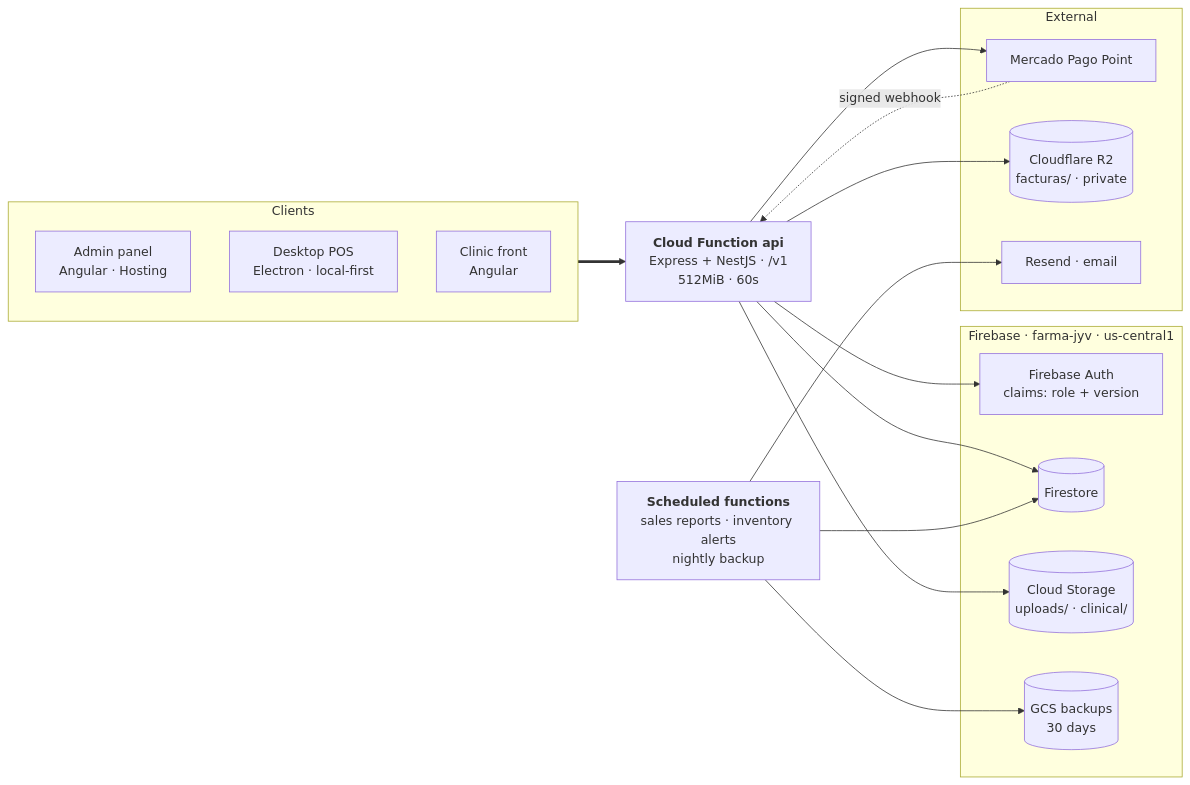
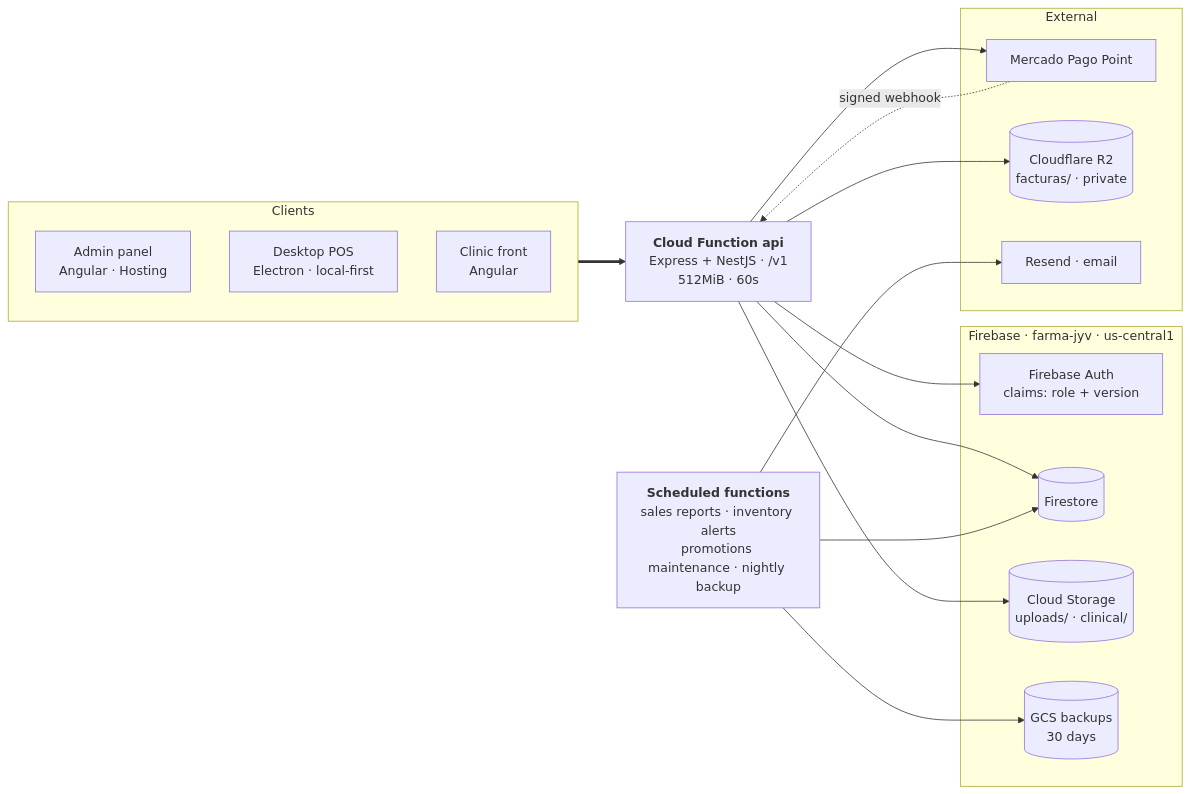
Before and after one commit to dev-jyv/backend-farma-jyv: the first of 2 diagrams in CLAUDE.md, drawn with Mermaid. The commit also changed other lines of this file and 28 other files, not shown here.

````diff
--- a/CLAUDE.md
+++ b/CLAUDE.md
@@ -20,36 +20,36 @@
 ```mermaid
 flowchart LR
     subgraph clients["Clients"]
         admin["Admin panel<br/>Angular · Hosting"]
         pos["Desktop POS<br/>Electron · local-first"]
         clinic["Clinic front<br/>Angular"]
     end
 
     api["<b>Cloud Function api</b><br/>Express + NestJS · /v1<br/>512MiB · 60s"]
-    crons["<b>Scheduled functions</b><br/>sales reports · inventory alerts<br/>nightly backup"]
+    crons["<b>Scheduled functions</b><br/>sales reports · inventory alerts<br/>promotions maintenance · nightly backup"]
 
     subgraph data["Firebase · farma-jyv · us-central1"]
         auth["Firebase Auth<br/>claims: role + version"]
         fs[("Firestore")]
         gcs[("Cloud Storage<br/>uploads/ · clinical/")]
         backups[("GCS backups<br/>30 days")]
     end
 
     subgraph ext["External"]
         mp["Mercado Pago Point"]
         r2[("Cloudflare R2<br/>facturas/ · private")]
         resend["Resend · email"]
     end
 
     clients ==> api
     api --> auth
     api --> fs
     api --> gcs
     api --> r2
     api --> mp
     mp -. "signed webhook" .-> api
 
     crons --> fs
     crons --> resend
     crons --> backups
 ```
````
